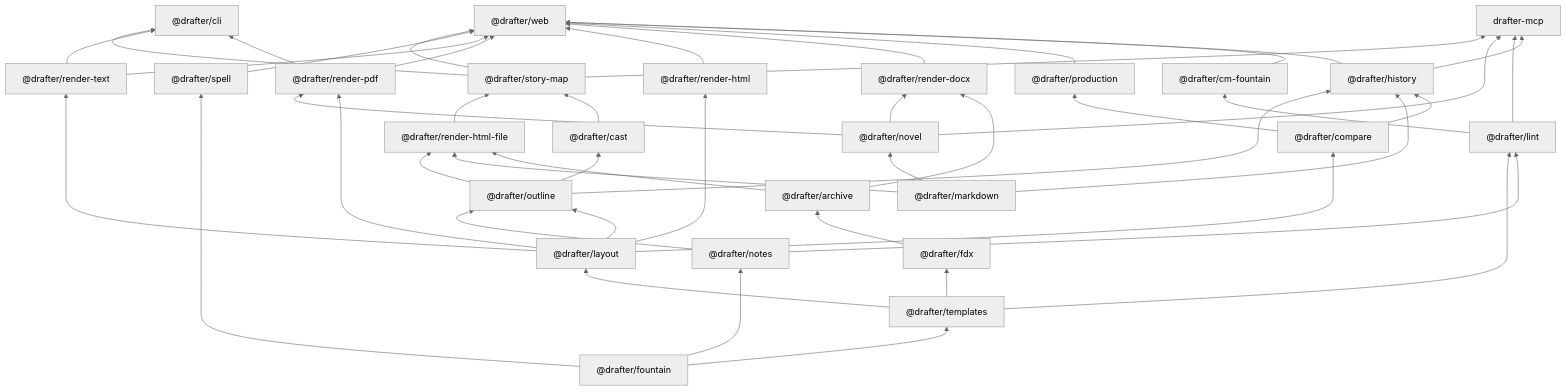
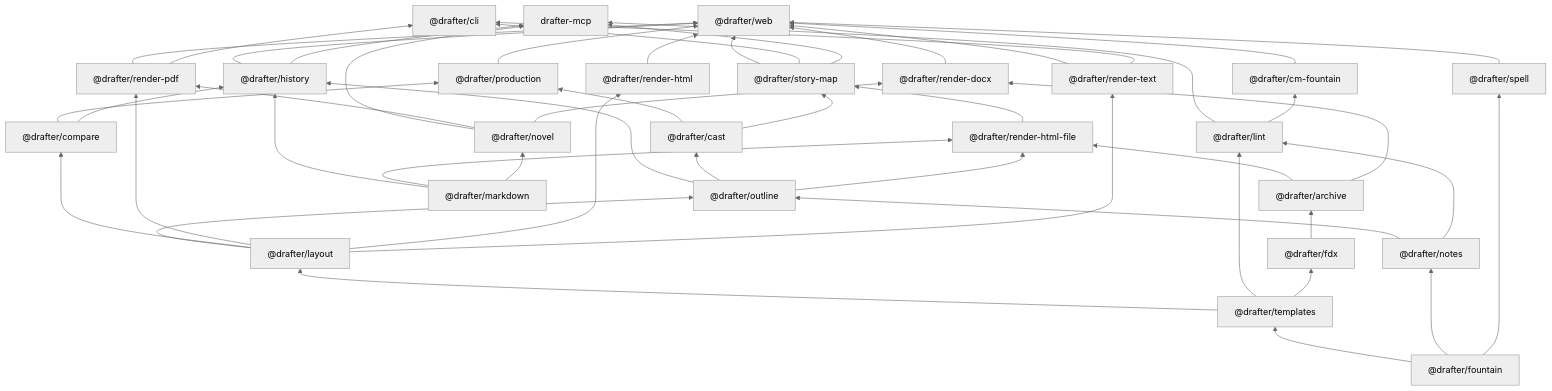
One commit to cschweda/drafter changed the first of 5 diagrams in docs/technical-details.md. Above: the diagram before and after it, drawn with Mermaid (neutral theme). The commit also changed 21 other files, not shown here.

````diff
--- a/docs/technical-details.md
+++ b/docs/technical-details.md
@@ -38,73 +38,74 @@
 ```mermaid
 flowchart BT
   web["@drafter/web"]
   cli["@drafter/cli"]
   drafter_mcp["drafter-mcp"]
   cm_fountain["@drafter/cm-fountain"]
   outline["@drafter/outline"]
   production["@drafter/production"]
   compare["@drafter/compare"]
   history["@drafter/history"]
   cast["@drafter/cast"]
   story_map["@drafter/story-map"]
   render_pdf["@drafter/render-pdf"]
   render_html["@drafter/render-html"]
   render_html_file["@drafter/render-html-file"]
   render_text["@drafter/render-text"]
   render_docx["@drafter/render-docx"]
   layout["@drafter/layout"]
   lint["@drafter/lint"]
   fdx["@drafter/fdx"]
   archive["@drafter/archive"]
   templates["@drafter/templates"]
   notes["@drafter/notes"]
   spell["@drafter/spell"]
   markdown["@drafter/markdown"]
   novel["@drafter/novel"]
   fountain["@drafter/fountain"]
   cm_fountain --> web
   history --> web
   production --> web
   render_docx --> web
   render_html --> web
   render_pdf --> web
   render_text --> web
   spell --> web
   story_map --> web
   render_pdf --> cli
   render_text --> cli
   story_map --> cli
   history --> drafter_mcp
   lint --> drafter_mcp
   novel --> drafter_mcp
   story_map --> drafter_mcp
   lint --> cm_fountain
   layout --> outline
   notes --> outline
+  cast --> production
   compare --> production
   layout --> compare
   compare --> history
   markdown --> history
   outline --> history
   outline --> cast
   cast --> story_map
   render_html_file --> story_map
   layout --> render_pdf
   novel --> render_pdf
   layout --> render_html
   archive --> render_html_file
   markdown --> render_html_file
   outline --> render_html_file
   layout --> render_text
   archive --> render_docx
   novel --> render_docx
   templates --> layout
   notes --> lint
   templates --> lint
   templates --> fdx
   fdx --> archive
   fountain --> templates
   fountain --> notes
   fountain --> spell
   markdown --> novel
 ```
````
